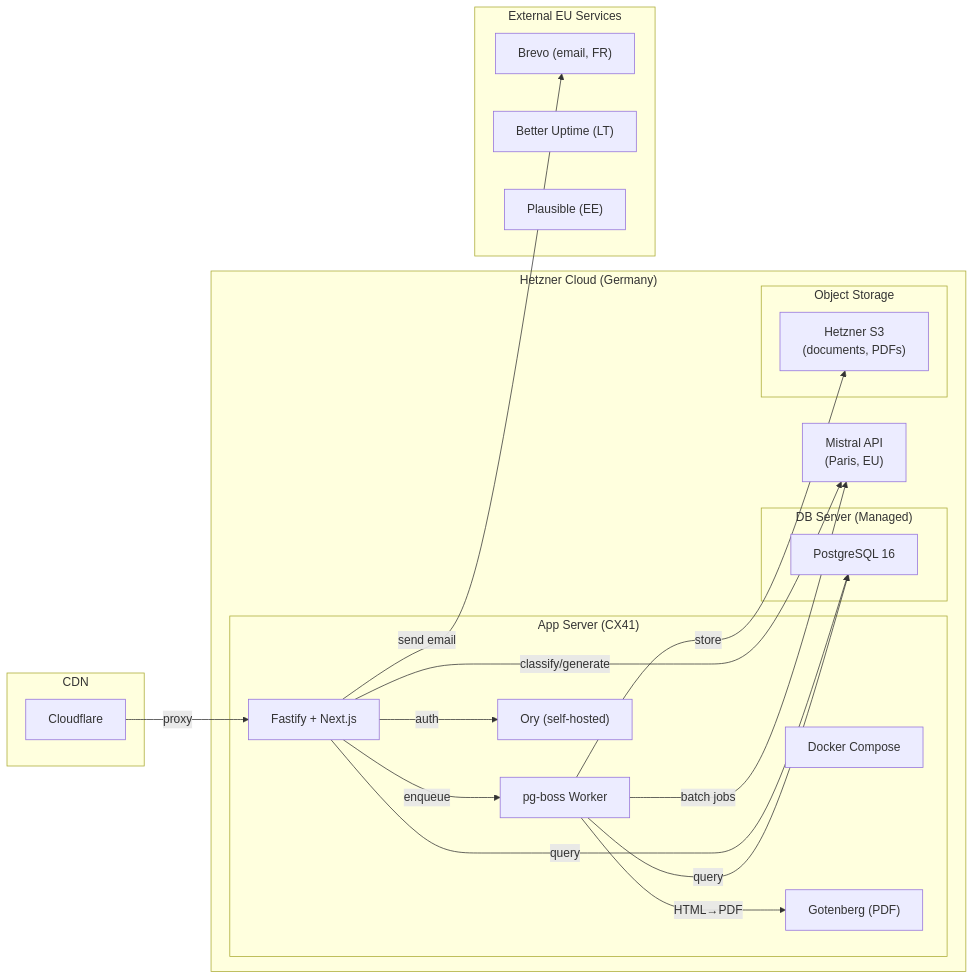
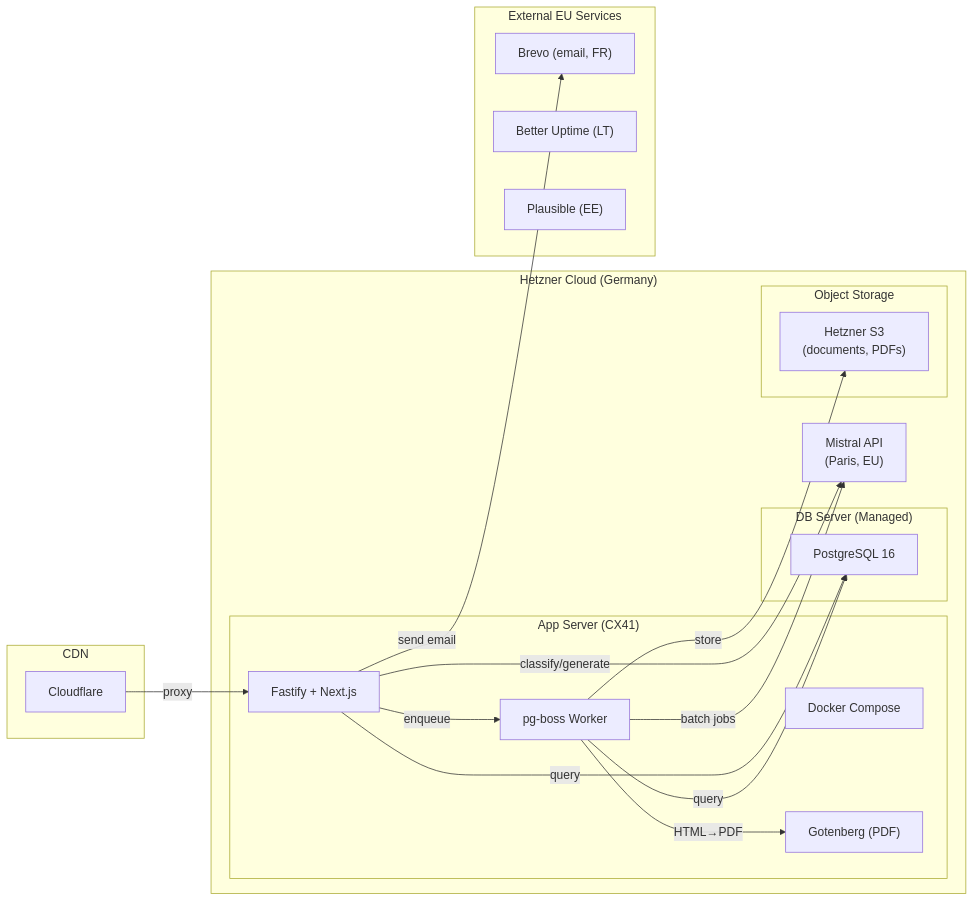
Before and after one commit to complior/complior: the fourth of 4 diagrams in docs/ARCHITECTURE.md, drawn with Mermaid. The commit also changed other lines of this file and 133 other files, not shown here.

````diff
--- a/docs/ARCHITECTURE.md
+++ b/docs/ARCHITECTURE.md
@@ -736,43 +857,41 @@
 ```mermaid
 graph LR
     subgraph Hetzner["Hetzner Cloud (Germany)"]
         subgraph AppServer["App Server (CX41)"]
             Docker["Docker Compose"]
             Fastify_["Fastify + Next.js"]
             PgBoss_["pg-boss Worker"]
-            Ory_["Ory (self-hosted)"]
             Gotenberg__["Gotenberg (PDF)"]
         end
 
         subgraph DBServer["DB Server (Managed)"]
             PG["PostgreSQL 16"]
         end
 
         subgraph Storage["Object Storage"]
             HetznerS3_["Hetzner S3<br/>(documents, PDFs)"]
         end
 
         MistralAPI_["Mistral API<br/>(Paris, EU)"]
     end
 
     subgraph ExternalEU_["External EU Services"]
         Brevo_["Brevo (email, FR)"]
         BetterUptime_["Better Uptime (LT)"]
         Plausible_["Plausible (EE)"]
     end
 
     subgraph CDN["CDN"]
         CF["Cloudflare"]
     end
 
     CF -->|proxy| Fastify_
-    Fastify_ -->|auth| Ory_
     Fastify_ -->|query| PG
     Fastify_ -->|enqueue| PgBoss_
     Fastify_ -->|classify/generate| MistralAPI_
     Fastify_ -->|send email| Brevo_
     PgBoss_ -->|query| PG
     PgBoss_ -->|batch jobs| MistralAPI_
     PgBoss_ -->|HTML→PDF| Gotenberg__
     PgBoss_ -->|store| HetznerS3_
 ```
````
